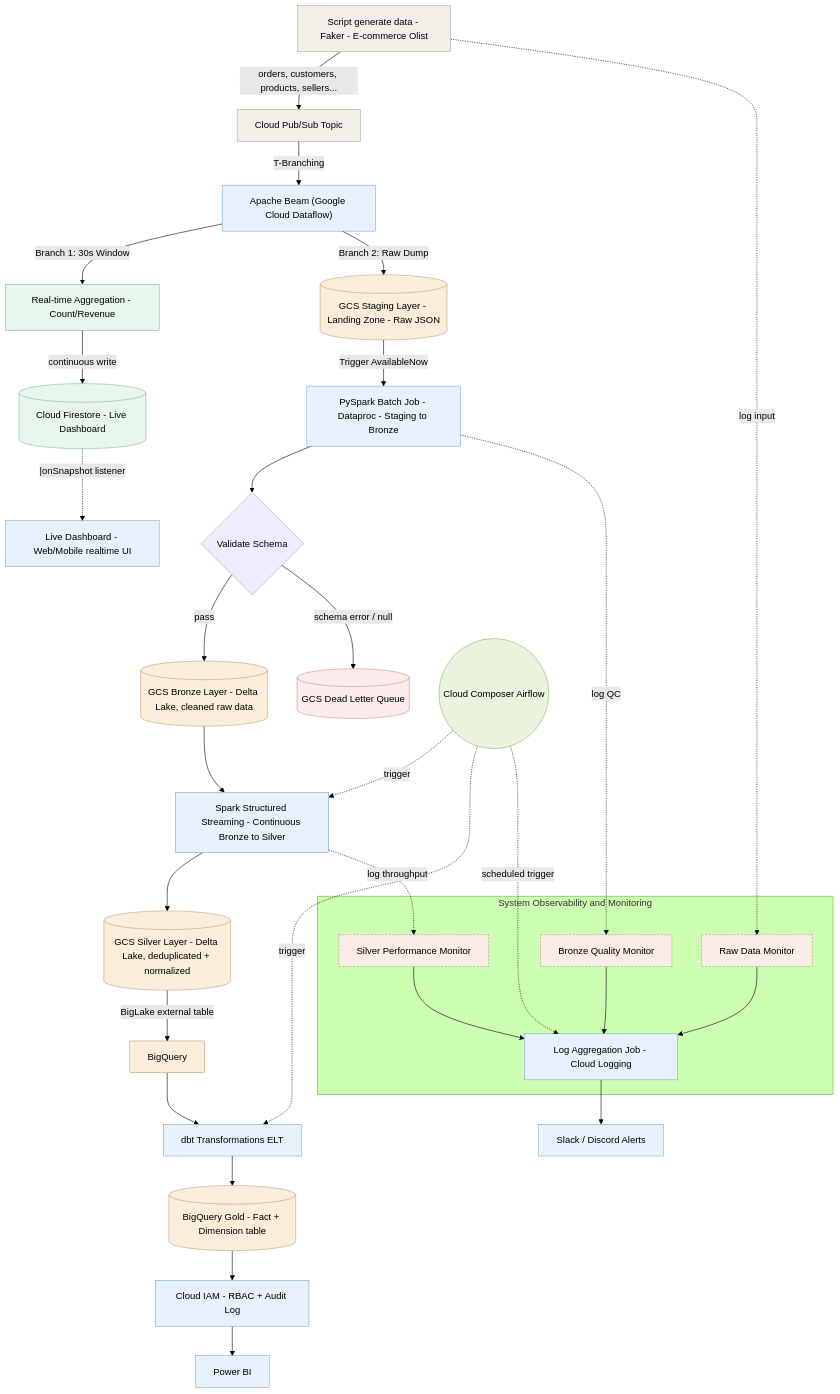
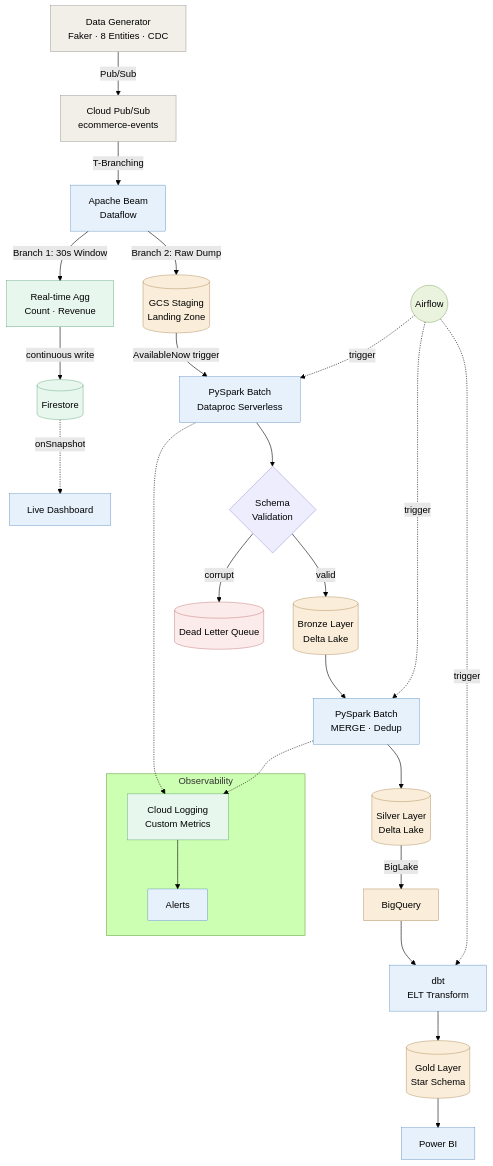
Before and after one commit to hoamgh/gcp-lakehouse-pipeline: the diagram in README.md, drawn with Mermaid (forest theme). The commit also changed other lines of this file and 49 other files, not shown here.

First line of the commit message:
refactor: centralize configurations and containerize data generator

````diff
--- a/README.md
+++ b/README.md
@@ -22,64 +34,54 @@
 ```mermaid
 flowchart TD
-    SCR["Script generate data - Faker - E-commerce Olist"] -->|"orders, customers, products, sellers..."| PUB["Cloud Pub/Sub Topic"]
-    PUB -->|T-Branching| BEAM["Apache Beam (Google Cloud Dataflow)"]
-  
-    %% Branch 1: Speed Layer (Real-time)
-    BEAM -->|Branch 1: 30s Window| RTAGG["Real-time Aggregation - Count/Revenue"]
-    RTAGG -->|continuous write| RTFS[("Cloud Firestore - Live Dashboard")]
-    RTFS -.|onSnapshot listener.-> RTDASH["Live Dashboard - Web/Mobile realtime UI"]
-  
-    %% Branch 2: Batch Layer (Master Data)
-    BEAM -->|Branch 2: Raw Dump| STG[("GCS Staging Layer - Landing Zone - Raw JSON")]
-    STG -->|Trigger AvailableNow| SPARK1["PySpark Batch Job - Dataproc - Staging to Bronze"]
-    SPARK1 --> CHK{"Validate Schema"}
-    CHK -->|pass| BRONZE[("GCS Bronze Layer - Delta Lake, cleaned raw data")]
-    CHK -->|schema error / null| DLQ[("GCS Dead Letter Queue")]
-    BRONZE --> SPARK2["Spark Structured Streaming - Continuous Bronze to Silver"]
-    SPARK2 --> SILVER[("GCS Silver Layer - Delta Lake, deduplicated + normalized")]
-    SILVER -->|BigLake external table| BQ["BigQuery"]
-    BQ --> DBT["dbt Transformations ELT"]
-    DBT --> GOLD[("BigQuery Gold - Fact + Dimension table")]
-    GOLD --> IAM["Cloud IAM - RBAC + Audit Log"]
-    IAM --> BI["Power BI"]
+    SCR["Data Generator<br/>Faker · 8 Entities · CDC"] -->|Pub/Sub| PUB["Cloud Pub/Sub<br/>ecommerce-events"]
+    PUB -->|T-Branching| BEAM["Apache Beam<br/>Dataflow"]
 
-    subgraph OBS["System Observability and Monitoring"]
-        MON1["Raw Data Monitor"]
-        MON2["Bronze Quality Monitor"]
-        MON3["Silver Performance Monitor"]
-        LOGAGG["Log Aggregation Job - Cloud Logging"]
-        MON1 --> LOGAGG
-        MON2 --> LOGAGG
-        MON3 --> LOGAGG
+    %% Speed Layer
+    BEAM -->|"Branch 1: 30s Window"| RTAGG["Real-time Agg<br/>Count · Revenue"]
+    RTAGG -->|continuous write| RTFS[("Firestore")]
+    RTFS -.->|onSnapshot| RTDASH["Live Dashboard"]
+
+    %% Batch Layer
+    BEAM -->|"Branch 2: Raw Dump"| STG[("GCS Staging<br/>Landing Zone")]
+    STG -->|AvailableNow trigger| SPARK1["PySpark Batch<br/>Dataproc Serverless"]
+    SPARK1 --> CHK{"Schema<br/>Validation"}
+    CHK -->|valid| BRONZE[("Bronze Layer<br/>Delta Lake")]
+    CHK -->|corrupt| DLQ[("Dead Letter Queue")]
+    BRONZE --> SPARK2["PySpark Batch<br/>MERGE · Dedup"]
+    SPARK2 --> SILVER[("Silver Layer<br/>Delta Lake")]
+    SILVER -->|BigLake| BQ["BigQuery"]
+    BQ --> DBT["dbt<br/>ELT Transform"]
+    DBT --> GOLD[("Gold Layer<br/>Star Schema")]
+    GOLD --> BI["Power BI"]
+
+    AF(("Airflow")) -.->|trigger| SPARK1
+    AF -.->|trigger| SPARK2
+    AF -.->|trigger| DBT
+
+    subgraph OBS["Observability"]
+        MON["Cloud Logging<br/>Custom Metrics"]
+        MON --> ALERT["Alerts"]
     end
-    SCR -.log input.-> MON1
-    SPARK1 -.log QC.-> MON2
-    SPARK2 -.log throughput.-> MON3
-    LOGAGG --> ALERT["Slack / Discord Alerts"]
-
-    AF(("Cloud Composer Airflow")) -.trigger.-> SPARK2
-    AF -.trigger.-> DBT
-    AF -.scheduled trigger.-> LOGAGG
+    SPARK1 -.-> MON
+    SPARK2 -.-> MON
 
     classDef ingest fill:#f1efe8,stroke:#5f5e5a,stroke-width:0.5px;
     classDef job fill:#e6f1fb,stroke:#185fa5,stroke-width:0.5px;
     classDef storage fill:#faeeda,stroke:#854f0b,stroke-width:0.5px;
     classDef check fill:#eeedfe,stroke:#534ab7,stroke-width:0.5px;
     classDef error fill:#fcebeb,stroke:#a32d2d,stroke-width:0.5px;
-    classDef monitor fill:#faece7,stroke:#993c1d,stroke-width:0.5px,stroke-dasharray: 4 2;
     classDef orch fill:#eaf3de,stroke:#3b6d11,stroke-width:0.5px;
     classDef bi fill:#e6f1fb,stroke:#185fa5,stroke-width:0.5px;
     classDef realtime fill:#e8f7ee,stroke:#1a7a41,stroke-width:0.5px;
 
     class SCR,PUB ingest
-    class BEAM,SPARK1,SPARK2,DBT,LOGAGG job
+    class BEAM,SPARK1,SPARK2,DBT job
     class STG,BRONZE,SILVER,GOLD,BQ storage
     class CHK check
     class DLQ error
-    class MON1,MON2,MON3 monitor
     class AF orch
-    class IAM,BI,ALERT bi
-    class RTAGG realtime
-    class RTFS realtime
+    class BI,ALERT bi
+    class RTAGG,RTFS realtime
     class RTDASH bi
+    class MON realtime
 ```
````
